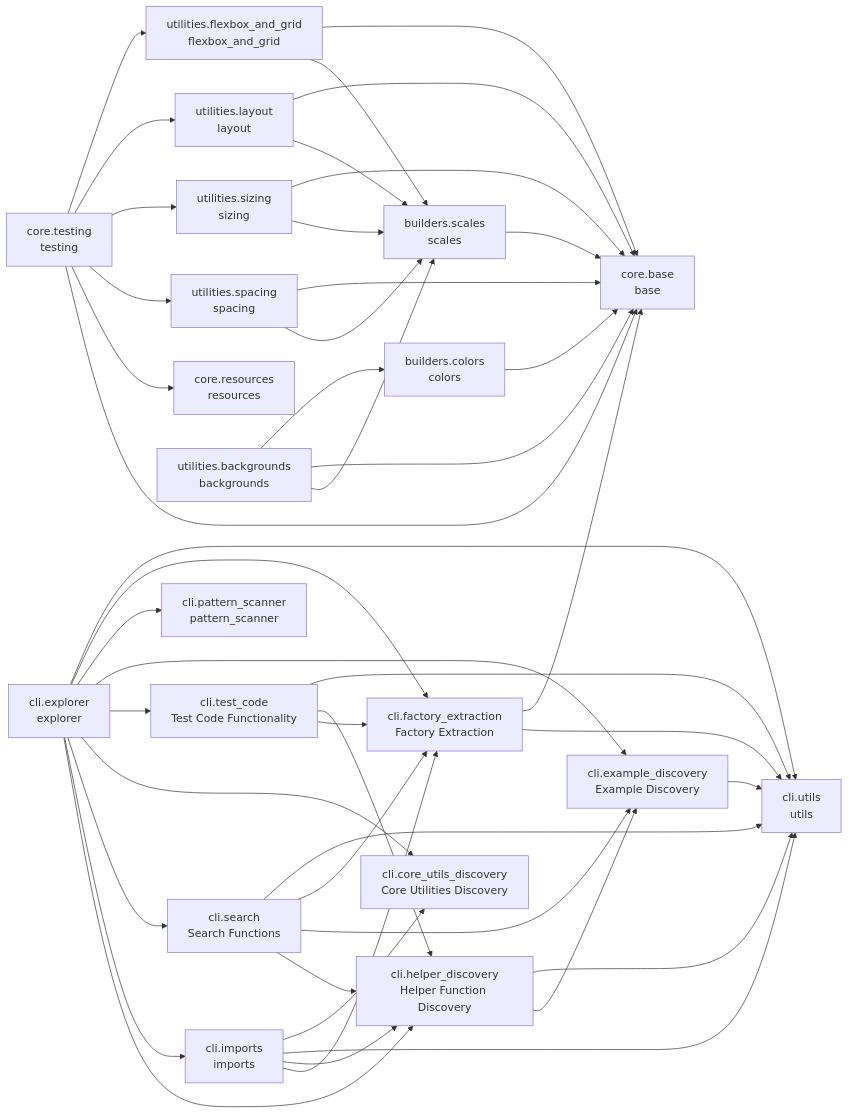
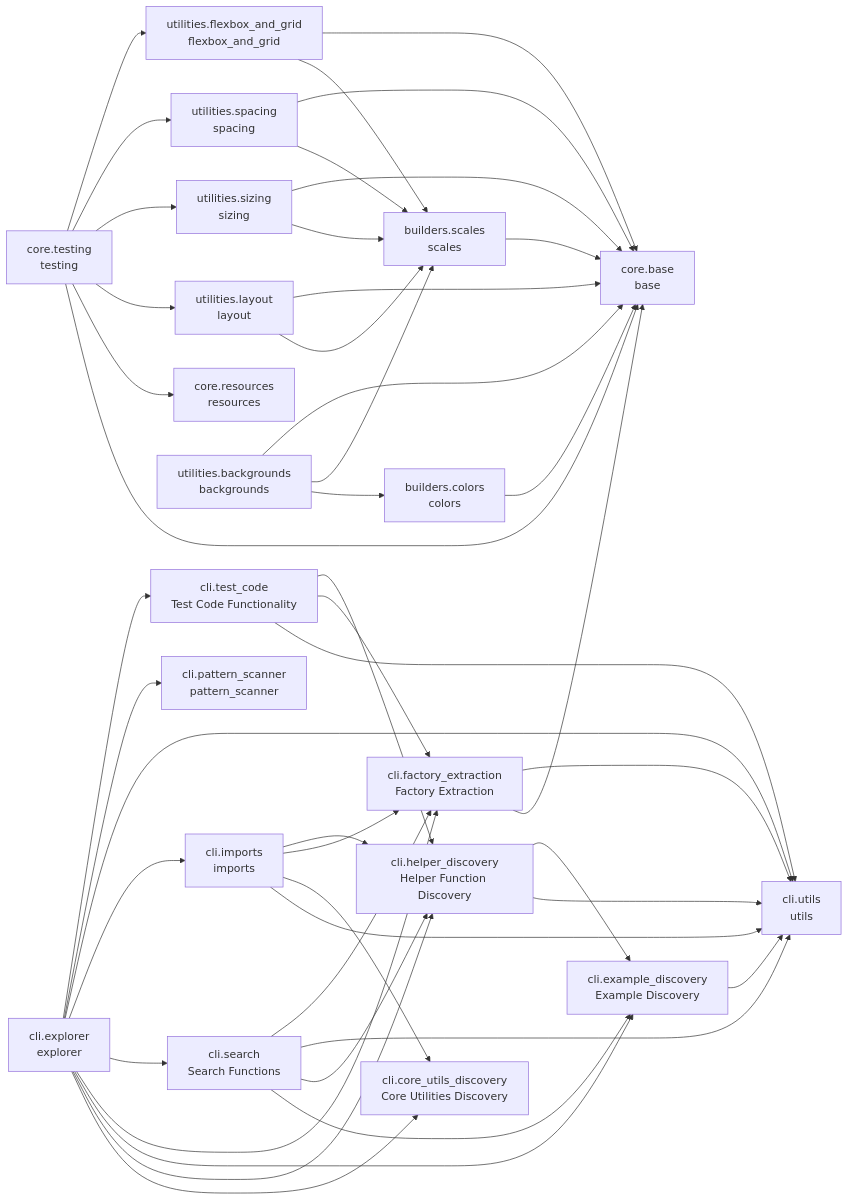
Before and after one commit to cj-mills/cjm-fasthtml-tailwind: the diagram in README.md, drawn with Mermaid. The commit also changed other lines of this file and 5 other files, not shown here.

Commit message:
Update colors builder and backgrounds utilities.

````diff
--- a/README.md
+++ b/README.md
@@ -44,68 +44,68 @@
 ``` mermaid
 graph LR
     builders_colors[builders.colors<br/>colors]
     builders_scales[builders.scales<br/>scales]
     cli_core_utils_discovery[cli.core_utils_discovery<br/>Core Utilities Discovery]
     cli_example_discovery[cli.example_discovery<br/>Example Discovery]
     cli_explorer[cli.explorer<br/>explorer]
     cli_factory_extraction[cli.factory_extraction<br/>Factory Extraction]
     cli_helper_discovery[cli.helper_discovery<br/>Helper Function Discovery]
     cli_imports[cli.imports<br/>imports]
     cli_pattern_scanner[cli.pattern_scanner<br/>pattern_scanner]
     cli_search[cli.search<br/>Search Functions]
     cli_test_code[cli.test_code<br/>Test Code Functionality]
     cli_utils[cli.utils<br/>utils]
     core_base[core.base<br/>base]
     core_resources[core.resources<br/>resources]
     core_testing[core.testing<br/>testing]
     utilities_backgrounds[utilities.backgrounds<br/>backgrounds]
     utilities_flexbox_and_grid[utilities.flexbox_and_grid<br/>flexbox_and_grid]
     utilities_layout[utilities.layout<br/>layout]
     utilities_sizing[utilities.sizing<br/>sizing]
     utilities_spacing[utilities.spacing<br/>spacing]
 
     builders_colors --> core_base
     builders_scales --> core_base
     cli_example_discovery --> cli_utils
+    cli_explorer --> cli_test_code
+    cli_explorer --> cli_pattern_scanner
     cli_explorer --> cli_utils
+    cli_explorer --> cli_imports
+    cli_explorer --> cli_search
     cli_explorer --> cli_factory_extraction
-    cli_explorer --> cli_pattern_scanner
     cli_explorer --> cli_example_discovery
-    cli_explorer --> cli_test_code
+    cli_explorer --> cli_helper_discovery
     cli_explorer --> cli_core_utils_discovery
-    cli_explorer --> cli_search
-    cli_explorer --> cli_imports
-    cli_explorer --> cli_helper_discovery
+    cli_factory_extraction --> cli_utils
     cli_factory_extraction --> core_base
-    cli_factory_extraction --> cli_utils
+    cli_helper_discovery --> cli_example_discovery
     cli_helper_discovery --> cli_utils
-    cli_helper_discovery --> cli_example_discovery
+    cli_imports --> cli_helper_discovery
+    cli_imports --> cli_factory_extraction
     cli_imports --> cli_core_utils_discovery
     cli_imports --> cli_utils
-    cli_imports --> cli_helper_discovery
-    cli_imports --> cli_factory_extraction
+    cli_search --> cli_factory_extraction
     cli_search --> cli_utils
-    cli_search --> cli_factory_extraction
+    cli_search --> cli_helper_discovery
     cli_search --> cli_example_discovery
-    cli_search --> cli_helper_discovery
-    cli_test_code --> cli_utils
     cli_test_code --> cli_helper_discovery
     cli_test_code --> cli_factory_extraction
+    cli_test_code --> cli_utils
     core_testing --> utilities_flexbox_and_grid
+    core_testing --> utilities_spacing
+    core_testing --> utilities_sizing
     core_testing --> utilities_layout
-    core_testing --> utilities_sizing
-    core_testing --> utilities_spacing
     core_testing --> core_resources
     core_testing --> core_base
-    utilities_backgrounds --> builders_colors
     utilities_backgrounds --> core_base
     utilities_backgrounds --> builders_scales
+    utilities_backgrounds --> builders_colors
     utilities_flexbox_and_grid --> core_base
     utilities_flexbox_and_grid --> builders_scales
     utilities_layout --> core_base
     utilities_layout --> builders_scales
     utilities_sizing --> core_base
     utilities_sizing --> builders_scales
     utilities_spacing --> core_base
     utilities_spacing --> builders_scales
 ```
````
